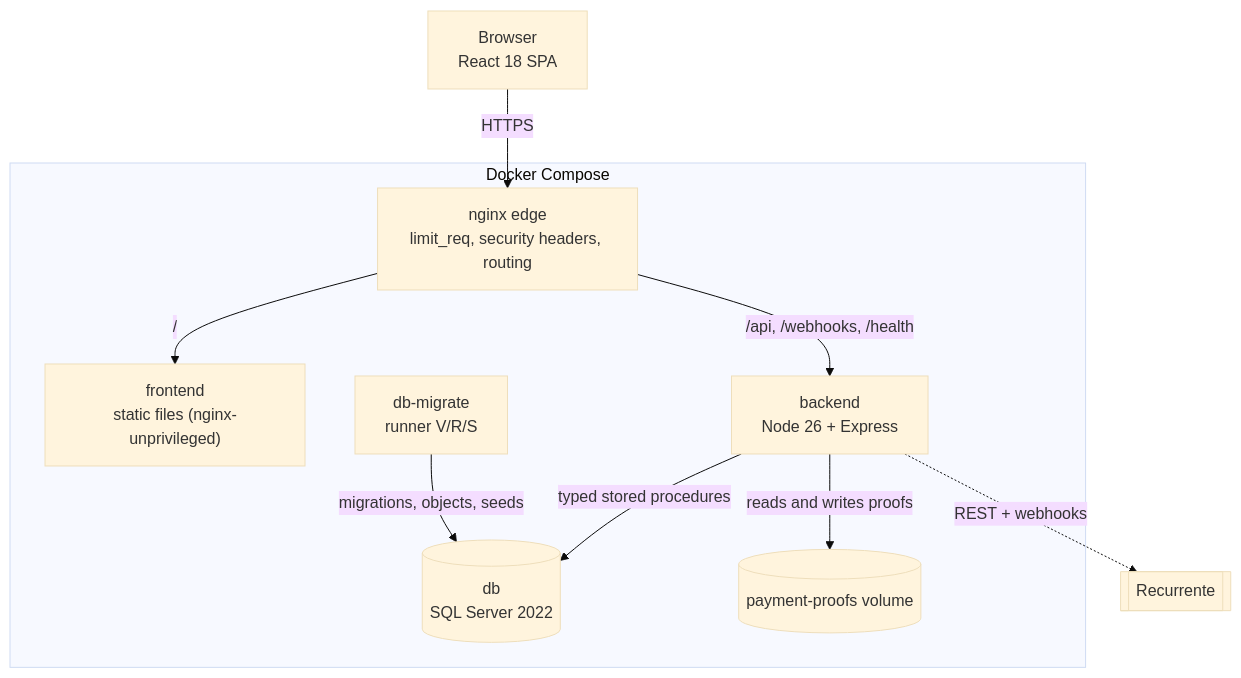
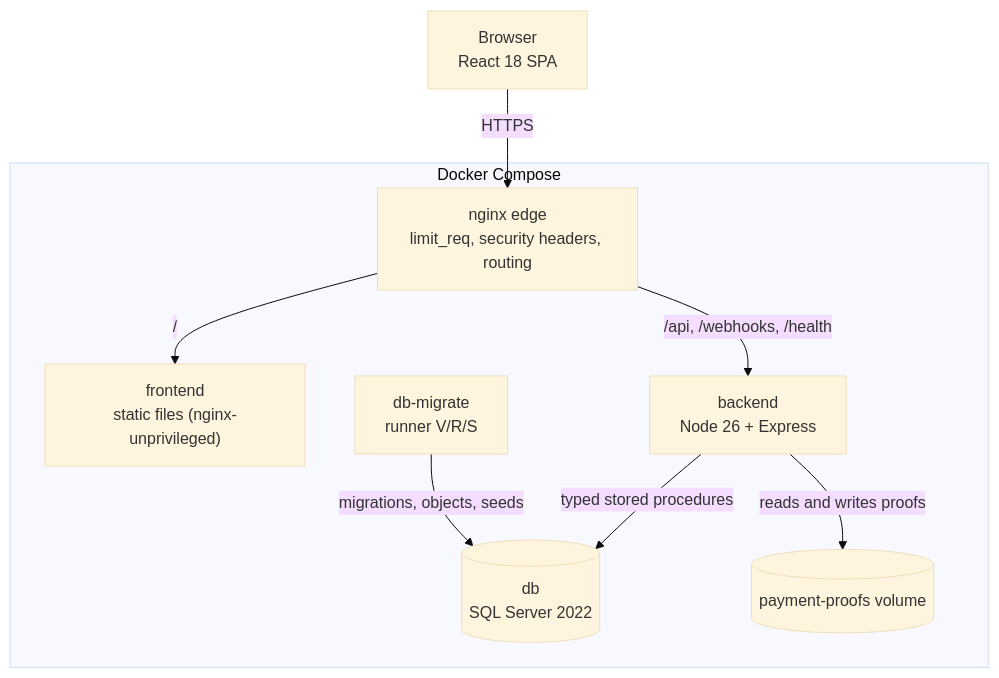
The diagram in docs/architecture/c4/containers.md (RedeArmy/bakery-shopcart-ecommerce), drawn with Mermaid (base theme) before and after one commit. The commit also changed 28 other files, not shown here.

First line of the commit message:
docs: verify the delivery with Postman, align the architecture and rename the bakery (#42)

````diff
--- a/docs/architecture/c4/containers.md
+++ b/docs/architecture/c4/containers.md
@@ -3,21 +3,19 @@
 ```mermaid
 flowchart TB
   browser["Browser<br/>React 18 SPA"]
   subgraph compose["Docker Compose"]
     nginx["nginx edge<br/>limit_req, security headers, routing"]
     frontend["frontend<br/>static files (nginx-unprivileged)"]
     backend["backend<br/>Node 26 + Express"]
     migrate["db-migrate<br/>runner V/R/S"]
     db[("db<br/>SQL Server 2022")]
     proofs[("payment-proofs volume")]
   end
-  recurrente[["Recurrente"]]
 
   browser -->|HTTPS| nginx
   nginx -->|/| frontend
   nginx -->|/api, /webhooks, /health| backend
   backend -->|typed stored procedures| db
   backend -->|reads and writes proofs| proofs
   migrate -->|migrations, objects, seeds| db
-  backend -.->|REST + webhooks| recurrente
 ```
````
